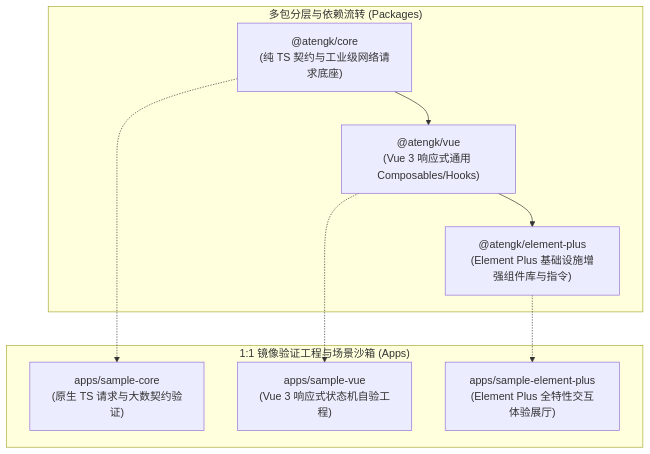
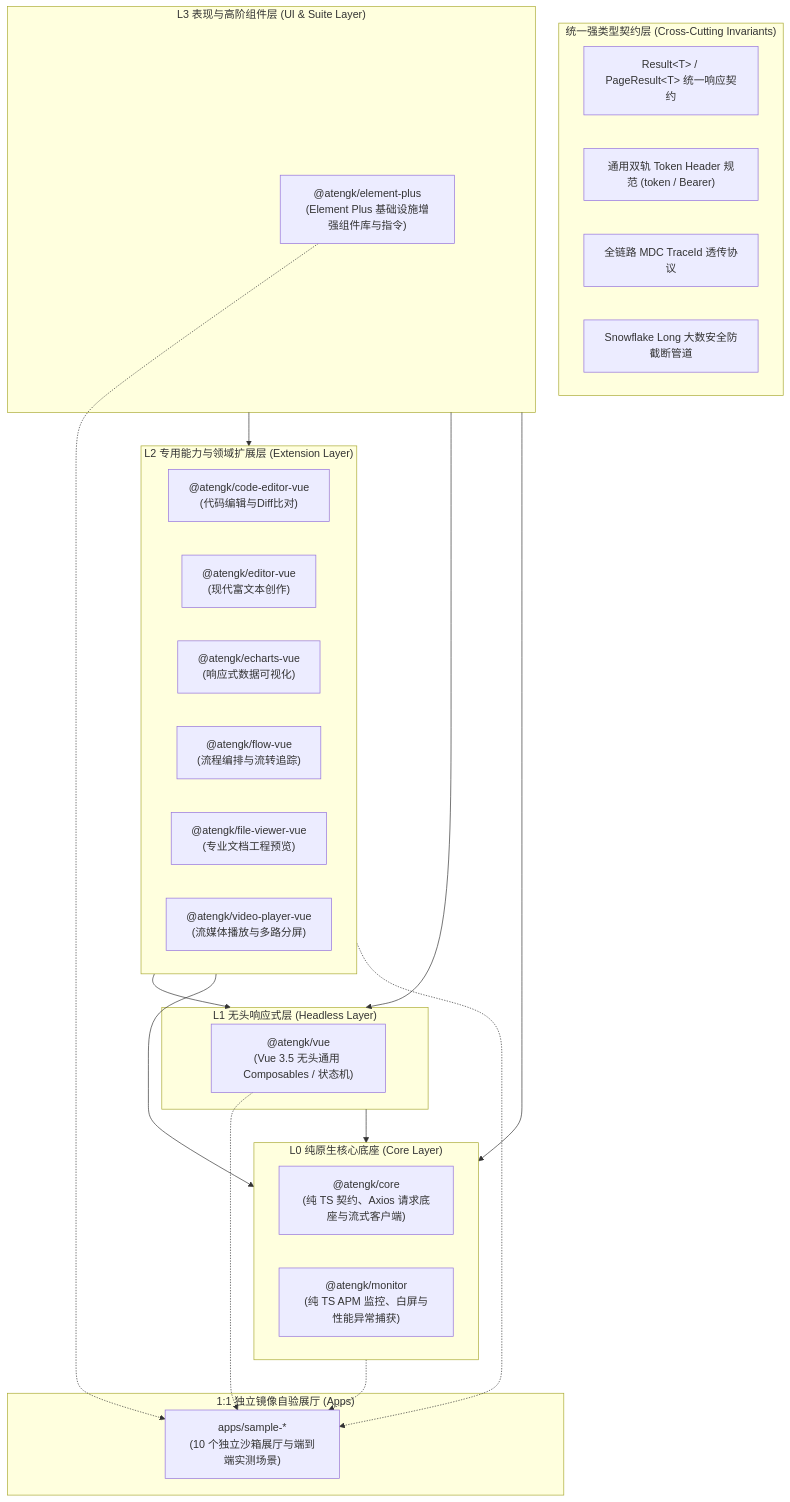
Before and after one commit to atengk/ateng-ui: the diagram in README.md, drawn with Mermaid. The commit also changed other lines of this file and 14 other files, not shown here.

````diff
--- a/README.md
+++ b/README.md
@@ -40,20 +54,47 @@
 ```mermaid
-flowchart TB
-    subgraph Packages["多包分层与依赖流转 (Packages)"]
-        CORE["@atengk/core<br/>(纯 TS 契约与工业级网络请求底座)"]
-        VUE["@atengk/vue<br/>(Vue 3 响应式通用 Composables/Hooks)"]
+flowchart TD
+    subgraph Protocol["统一强类型契约层 (Cross-Cutting Invariants)"]
+        RESULT["Result&lt;T&gt; / PageResult&lt;T&gt; 统一响应契约"]
+        TOKEN["通用双轨 Token Header 规范 (token / Bearer)"]
+        TRACE["全链路 MDC TraceId 透传协议"]
+        SNOW["Snowflake Long 大数安全防截断管道"]
+    end
+
+    subgraph L3["L3 表现与高阶组件层 (UI & Suite Layer)"]
         EP["@atengk/element-plus<br/>(Element Plus 基础设施增强组件库与指令)"]
     end
 
-    subgraph Apps["1:1 镜像验证工程与场景沙箱 (Apps)"]
-        S_CORE["apps/sample-core<br/>(原生 TS 请求与大数契约验证)"]
-        S_VUE["apps/sample-vue<br/>(Vue 3 响应式状态机自验工程)"]
-        S_EP["apps/sample-element-plus<br/>(Element Plus 全特性交互体验展厅)"]
+    subgraph L2["L2 专用能力与领域扩展层 (Extension Layer)"]
+        CODE["@atengk/code-editor-vue<br/>(代码编辑与Diff比对)"]
+        EDITOR["@atengk/editor-vue<br/>(现代富文本创作)"]
+        ECHARTS["@atengk/echarts-vue<br/>(响应式数据可视化)"]
+        FLOW["@atengk/flow-vue<br/>(流程编排与流转追踪)"]
+        VIEWER["@atengk/file-viewer-vue<br/>(专业文档工程预览)"]
+        VIDEO["@atengk/video-player-vue<br/>(流媒体播放与多路分屏)"]
     end
 
-    CORE --> VUE
-    VUE --> EP
-    CORE -.-> S_CORE
-    VUE -.-> S_VUE
-    EP -.-> S_EP
+    subgraph L1["L1 无头响应式层 (Headless Layer)"]
+        VUE["@atengk/vue<br/>(Vue 3.5 无头通用 Composables / 状态机)"]
+    end
+
+    subgraph L0["L0 纯原生核心底座 (Core Layer)"]
+        CORE["@atengk/core<br/>(纯 TS 契约、Axios 请求底座与流式客户端)"]
+        MONITOR["@atengk/monitor<br/>(纯 TS APM 监控、白屏与性能异常捕获)"]
+    end
+
+    subgraph Apps["1:1 独立镜像自验展厅 (Apps)"]
+        S_ALL["apps/sample-*<br/>(10 个独立沙箱展厅与端到端实测场景)"]
+    end
+
+    L3 --> L2
+    L3 --> L1
+    L3 --> L0
+    L2 --> L1
+    L2 --> L0
+    L1 --> L0
+
+    EP -.-> S_ALL
+    L2 -.-> S_ALL
+    VUE -.-> S_ALL
+    L0 -.-> S_ALL
 ```
````
